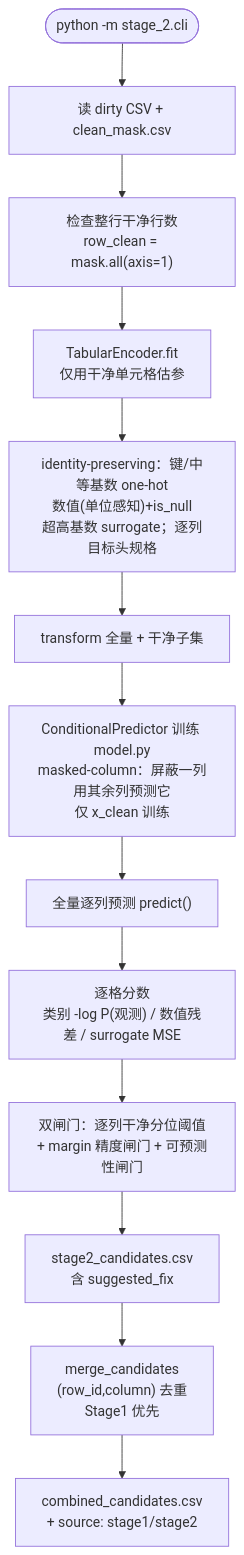
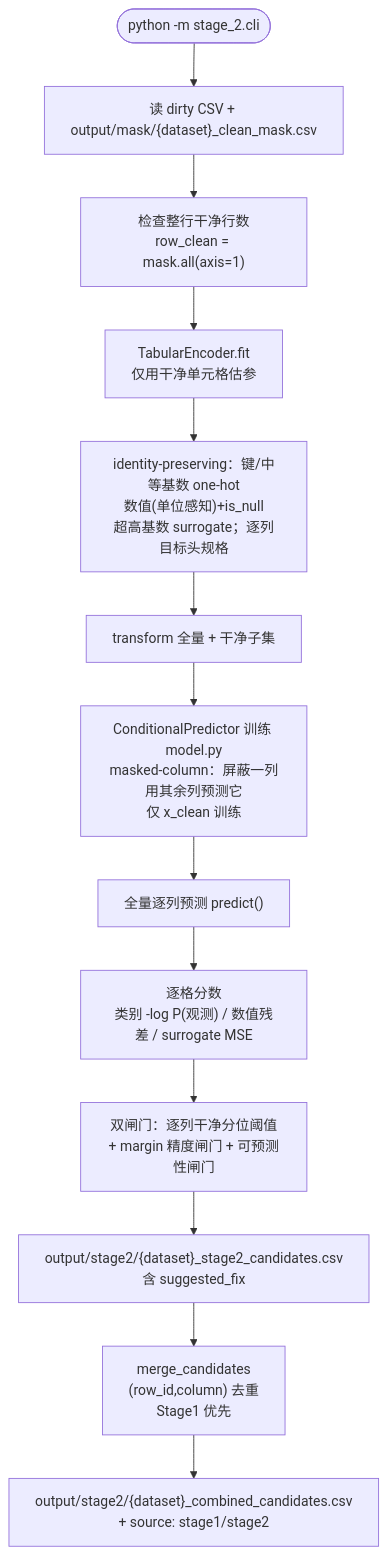
The fourth of 8 diagrams in PIPELINE.md (1993371829/error_detect), drawn with Mermaid before and after one commit. The commit also changed other lines of this file and 30 other files, not shown here.

````diff
--- a/PIPELINE.md
+++ b/PIPELINE.md
@@ -317,19 +317,19 @@
 ```mermaid
 flowchart TD
-    START2(["python -m stage_2.cli"]) --> READ["读 dirty CSV + clean_mask.csv"]
+    START2(["python -m stage_2.cli"]) --> READ["读 dirty CSV + output/mask/{dataset}_clean_mask.csv"]
     READ --> CHECK["检查整行干净行数<br/>row_clean = mask.all(axis=1)"]
 
     CHECK --> ENC_FIT["TabularEncoder.fit<br/>仅用干净单元格估参"]
     ENC_FIT --> ENC_DETAIL["identity-preserving：键/中等基数 one-hot<br/>数值(单位感知)+is_null<br/>超高基数 surrogate；逐列目标头规格"]
 
     ENC_DETAIL --> TRANS["transform 全量 + 干净子集"]
     TRANS --> TRAIN["ConditionalPredictor 训练 model.py<br/>masked-column：屏蔽一列用其余列预测它<br/>仅 x_clean 训练"]
 
     TRAIN --> SCORE["全量逐列预测 predict()"]
     SCORE --> CELLSCORE["逐格分数<br/>类别 -log P(观测) / 数值残差 / surrogate MSE"]
 
     CELLSCORE --> GATE["双闸门：逐列干净分位阈值<br/>+ margin 精度闸门 + 可预测性闸门"]
-    GATE --> S2CSV["stage2_candidates.csv<br/>含 suggested_fix"]
+    GATE --> S2CSV["output/stage2/{dataset}_stage2_candidates.csv<br/>含 suggested_fix"]
     S2CSV --> MERGE["merge_candidates<br/>(row_id,column) 去重<br/>Stage1 优先"]
-    MERGE --> COMB["combined_candidates.csv<br/>+ source: stage1/stage2"]
+    MERGE --> COMB["output/stage2/{dataset}_combined_candidates.csv<br/>+ source: stage1/stage2"]
 ```
````
